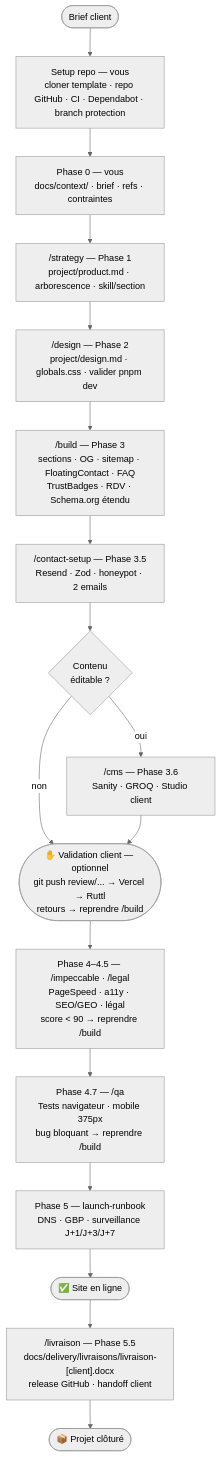
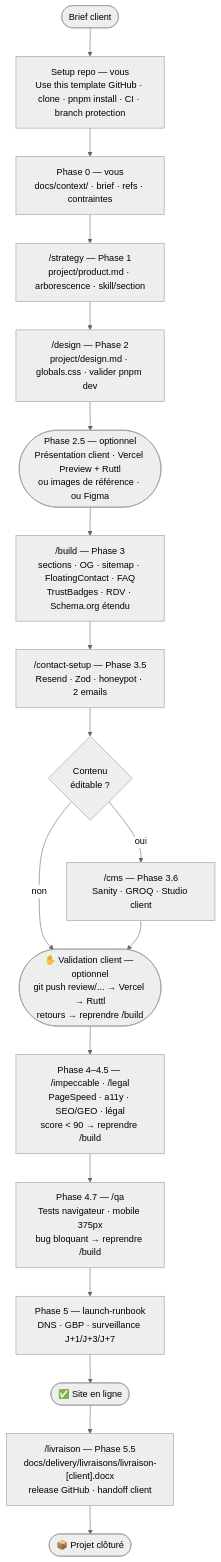
One commit to MobemSolutions/mobem-starter-kit changed the diagram in docs/workflow.md. Above: the diagram before and after it, drawn with Mermaid (neutral theme). The commit also changed other lines of this file and 30 other files, not shown here.

````diff
--- a/docs/workflow.md
+++ b/docs/workflow.md
@@ -9,43 +9,46 @@
 ```mermaid
 flowchart TD
     A([Brief client]) --> SETUP
 
-    SETUP["Setup repo — vous<br/>cloner template · repo GitHub · CI · Dependabot · branch protection"]
+    SETUP["Setup repo — vous<br/>Use this template GitHub · clone · pnpm install · CI · branch protection"]
     SETUP --> B
 
     B["Phase 0 — vous<br/>docs/context/ · brief · refs · contraintes"]
     B --> C
 
     C["/strategy — Phase 1<br/>project/product.md · arborescence · skill/section"]
     C --> D
 
     D["/design — Phase 2<br/>project/design.md · globals.css · valider pnpm dev"]
-    D --> E
+    D --> VALIDA
+
+    VALIDA(["Phase 2.5 — optionnel<br/>Présentation client · Vercel Preview + Ruttl<br/>ou images de référence · ou Figma"])
+    VALIDA --> E
 
     E["/build — Phase 3<br/>sections · OG · sitemap · FloatingContact · FAQ<br/>TrustBadges · RDV · Schema.org étendu"]
     E --> F
 
     F["/contact-setup — Phase 3.5<br/>Resend · Zod · honeypot · 2 emails"]
     F --> CMSQ
 
     CMSQ{"Contenu<br/>éditable ?"}
     CMSQ -->|non| G
     CMSQ -->|oui| CMS
 
     CMS["/cms — Phase 3.6<br/>Sanity · GROQ · Studio client"]
     CMS --> G
 
     G(["✋ Validation client — optionnel<br/>git push review/... → Vercel → Ruttl<br/>retours → reprendre /build"])
     G --> H
 
     H["Phase 4–4.5 — /impeccable · /legal<br/>PageSpeed · a11y · SEO/GEO · légal<br/>score < 90 → reprendre /build"]
     H --> QA
 
     QA["Phase 4.7 — /qa<br/>Tests navigateur · mobile 375px<br/>bug bloquant → reprendre /build"]
     QA --> I
 
     I["Phase 5 — launch-runbook<br/>DNS · GBP · surveillance J+1/J+3/J+7"]
     I --> J([✅ Site en ligne])
     J --> K["/livraison — Phase 5.5<br/>docs/delivery/livraisons/livraison-[client].docx<br/>release GitHub · handoff client"]
     K --> L([📦 Projet clôturé])
 ```
````
